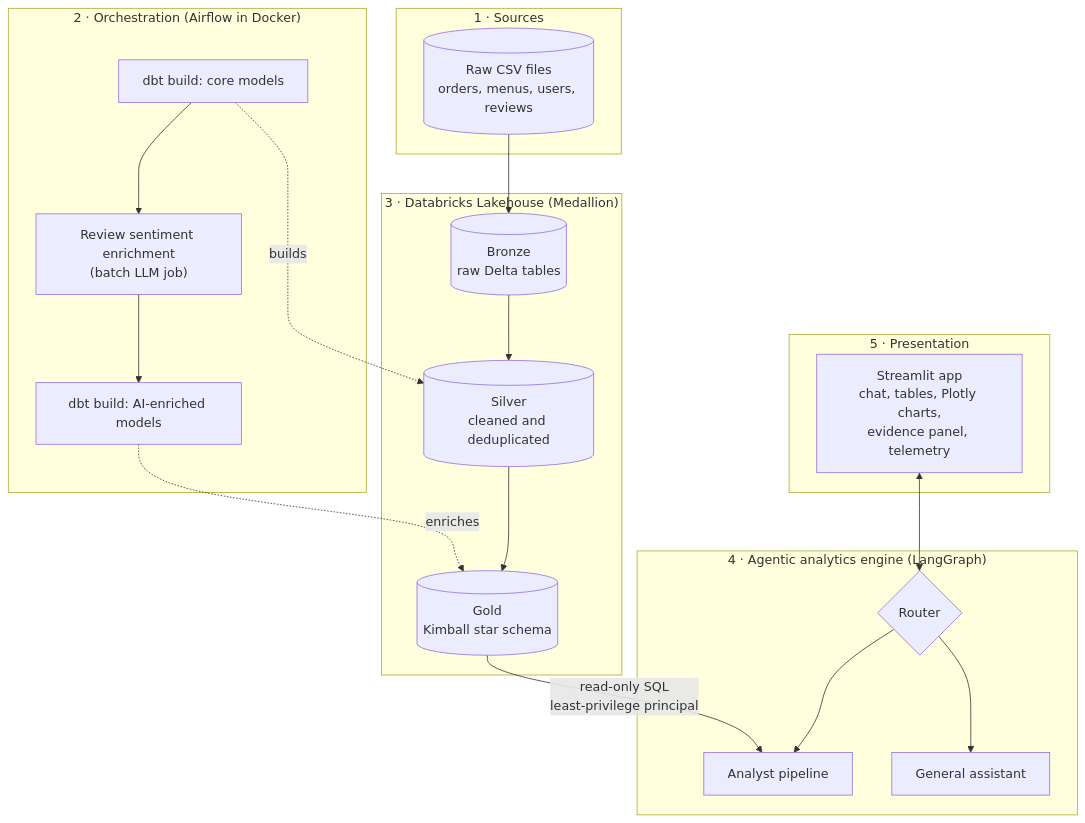
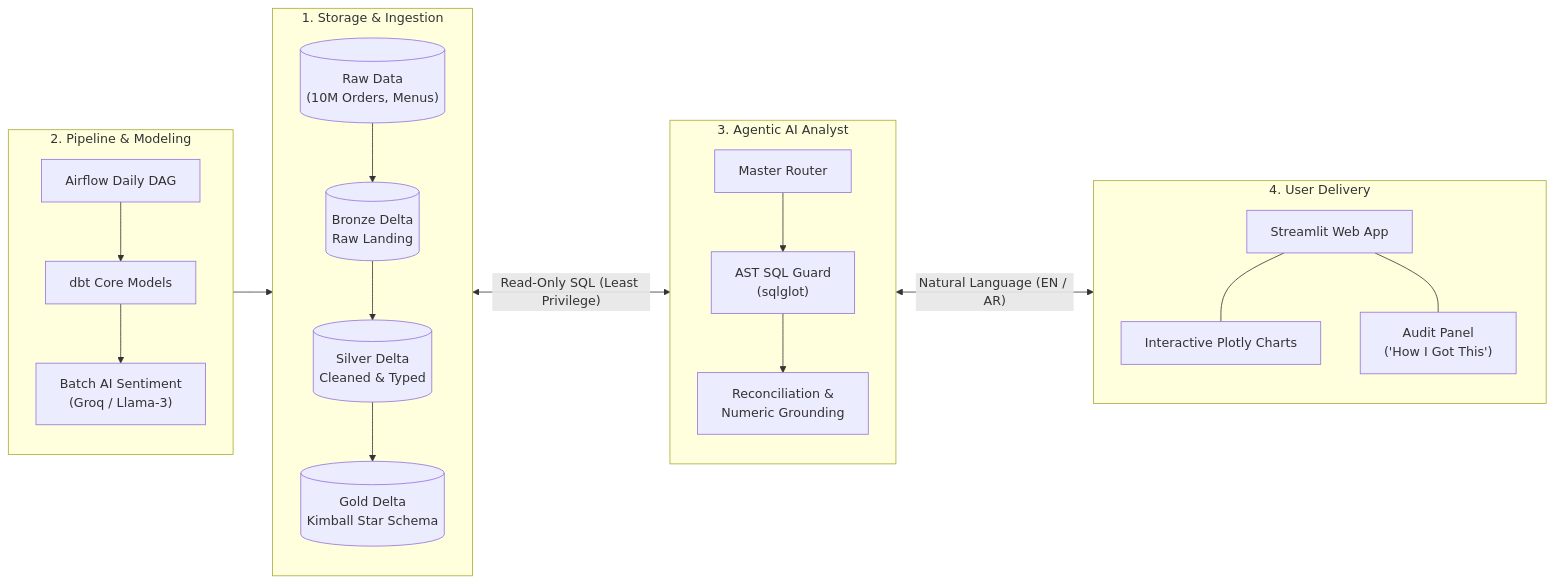
One commit to shehapsherif11-bit/Agentic-Data-Lakehouse changed the first of 3 diagrams in README.md. Above: the diagram before and after it, drawn with Mermaid. The commit also changed other lines of this file and 3 other files, not shown here.

Commit message:
docs: professional overhaul of README with intuitive architecture diagrams and production screenshots

````diff
--- a/README.md
+++ b/README.md
@@ -69,29 +56,39 @@
 ```mermaid
-flowchart TB
-    subgraph SRC["1 · Sources"]
-        CSV[("Raw CSV files<br/>orders, menus, users, reviews")]
+flowchart LR
+    subgraph S1 ["1. Storage & Ingestion"]
+        direction TB
+        Raw[("Raw Data<br/>(10M Orders, Menus)")]
+        Bronze[("Bronze Delta<br/>Raw Landing")]
+        Silver[("Silver Delta<br/>Cleaned & Typed")]
+        Gold[("Gold Delta<br/>Kimball Star Schema")]
+        Raw --> Bronze --> Silver --> Gold
     end
 
-    subgraph ORCH["2 · Orchestration (Airflow in Docker)"]
-        T1["dbt build: core models"] --> T2["Review sentiment enrichment<br/>(batch LLM job)"] --> T3["dbt build: AI-enriched models"]
+    subgraph S2 ["2. Pipeline & Modeling"]
+        direction TB
+        Airflow["Airflow Daily DAG"]
+        dbt["dbt Core Models"]
+        Sentiment["Batch AI Sentiment<br/>(Groq / Llama-3)"]
+        Airflow --> dbt --> Sentiment --> Gold
     end
 
-    subgraph LAKE["3 · Databricks Lakehouse (Medallion)"]
-        BRZ[("Bronze<br/>raw Delta tables")] --> SLV[("Silver<br/>cleaned and deduplicated")] --> GLD[("Gold<br/>Kimball star schema")]
+    subgraph S3 ["3. Agentic AI Analyst"]
+        direction TB
+        Router["Master Router"]
+        ASTGuard["AST SQL Guard<br/>(sqlglot)"]
+        Grounding["Reconciliation &<br/>Numeric Grounding"]
+        Router --> ASTGuard --> Grounding
     end
 
-    subgraph AGENT["4 · Agentic analytics engine (LangGraph)"]
-        RT{"Router"} --> ANL["Analyst pipeline"]
-        RT --> GEN["General assistant"]
+    subgraph S4 ["4. User Delivery"]
+        direction TB
+        UI["Streamlit Web App"]
+        Viz["Interactive Plotly Charts"]
+        Audit["Audit Panel<br/>('How I Got This')"]
+        UI --- Viz
+        UI --- Audit
     end
 
-    subgraph APP["5 · Presentation"]
-        STL["Streamlit app<br/>chat, tables, Plotly charts,<br/>evidence panel, telemetry"]
-    end
-
-    CSV --> BRZ
-    T1 -.->|"builds"| SLV
-    T3 -.->|"enriches"| GLD
-    GLD -->|"read-only SQL<br/>least-privilege principal"| ANL
-    STL <--> RT
+    Gold <-->|"Read-Only SQL (Least Privilege)"| S3
+    S3 <-->|"Natural Language (EN / AR)"| S4
 ```
````
